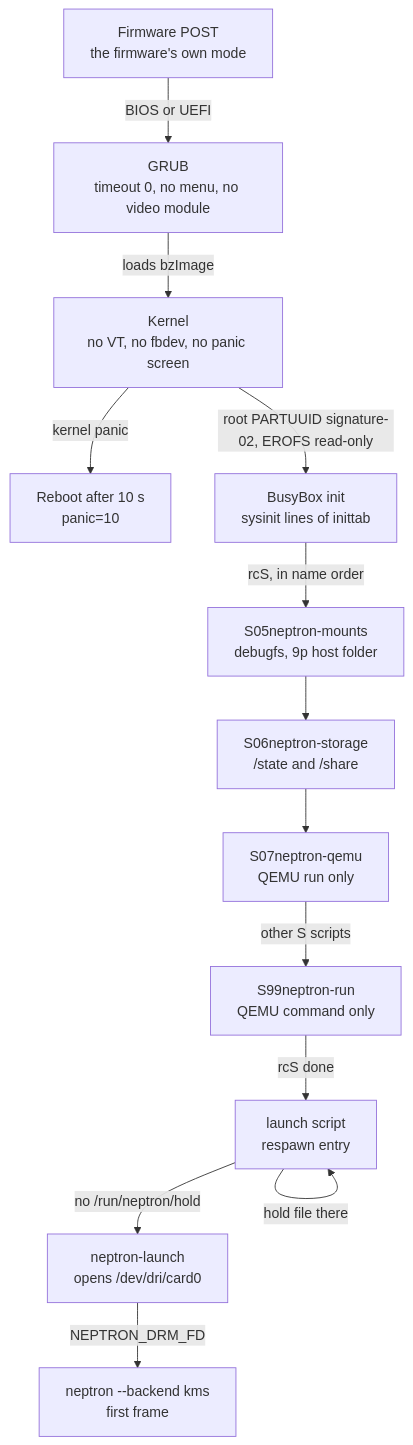
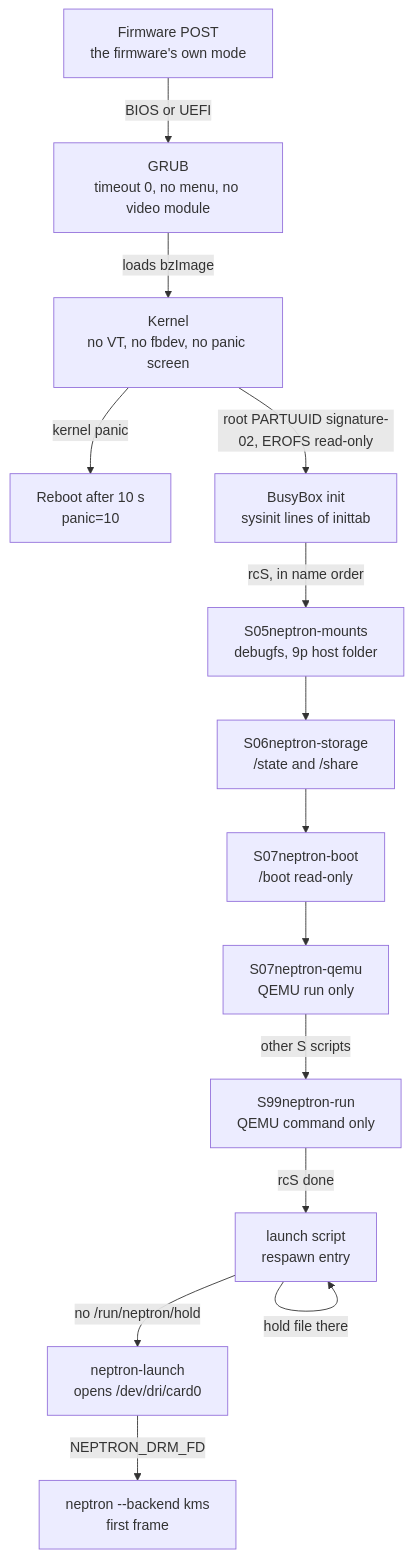
The first of 7 diagrams in docs/flows/01-power-on.md (paologaleotti/neptron), drawn with Mermaid before and after one commit. The commit also changed other lines of this file and 5 other files, not shown here.

````diff
--- a/docs/flows/01-power-on.md
+++ b/docs/flows/01-power-on.md
@@ -9,15 +9,16 @@
 ```mermaid
 flowchart TD
     FW["Firmware POST<br/>the firmware's own mode"] -->|"BIOS or UEFI"| GRUB["GRUB<br/>timeout 0, no menu, no video module"]
     GRUB -->|"loads bzImage"| K["Kernel<br/>no VT, no fbdev, no panic screen"]
     K -->|"kernel panic"| PANIC["Reboot after 10 s<br/>panic=10"]
     K -->|"root PARTUUID signature-02, EROFS read-only"| INIT["BusyBox init<br/>sysinit lines of inittab"]
     INIT -->|"rcS, in name order"| S05["S05neptron-mounts<br/>debugfs, 9p host folder"]
     S05 --> S06["S06neptron-storage<br/>/state and /share"]
-    S06 --> S07["S07neptron-qemu<br/>QEMU run only"]
+    S06 --> S07B["S07neptron-boot<br/>/boot read-only"]
+    S07B --> S07["S07neptron-qemu<br/>QEMU run only"]
     S07 -->|"other S scripts"| S99["S99neptron-run<br/>QEMU command only"]
     S99 -->|"rcS done"| LS["launch script<br/>respawn entry"]
     LS -->|"no /run/neptron/hold"| NL["neptron-launch<br/>opens /dev/dri/card0"]
     LS -->|"hold file there"| LS
     NL -->|"NEPTRON_DRM_FD"| F["neptron --backend kms<br/>first frame"]
 ```
````
